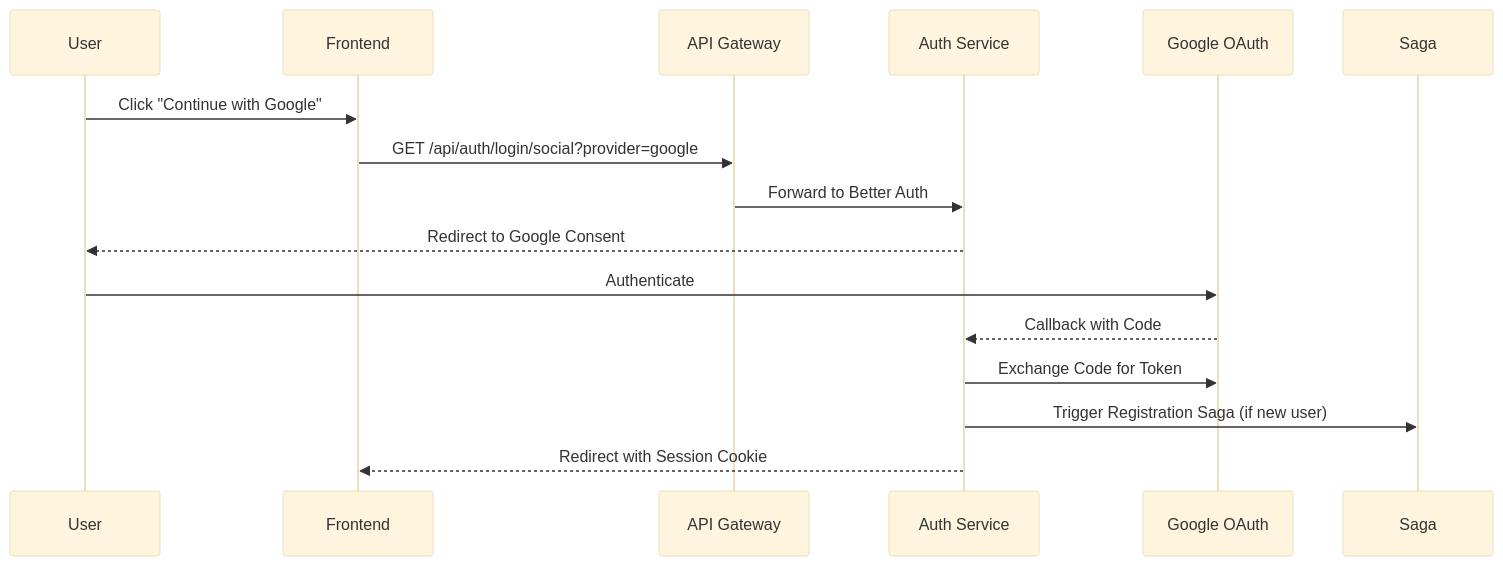
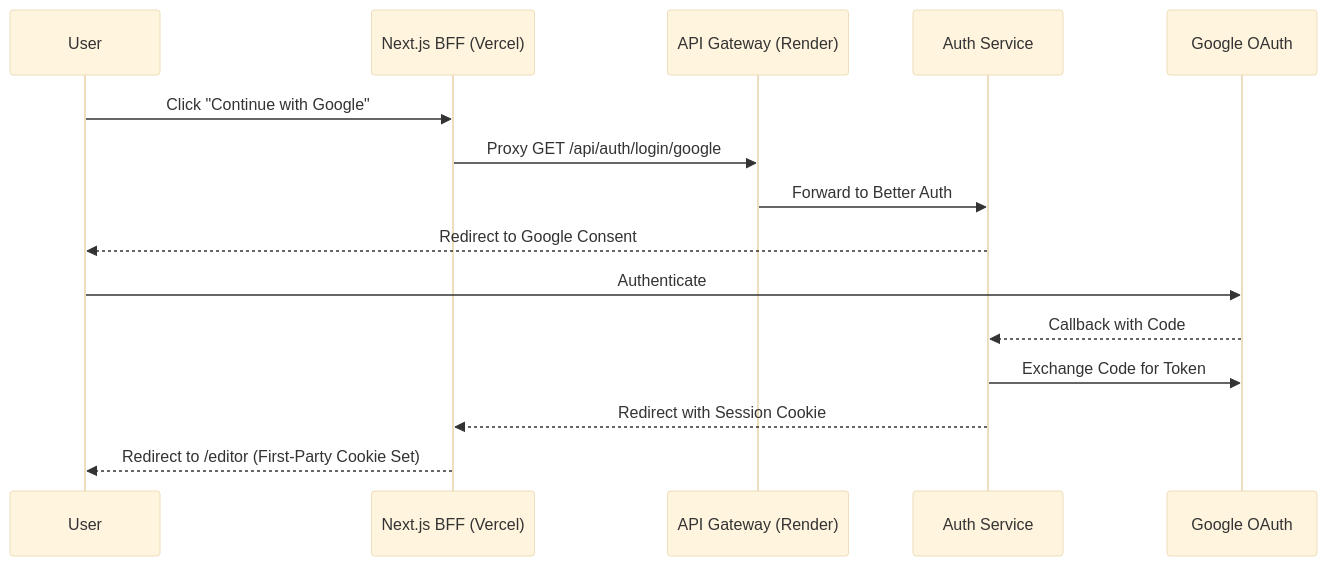
One commit to sayanChaterjee/browser-editor changed the fourth of 5 diagrams in README.md. Above: the diagram before and after it, drawn with Mermaid (base theme). The commit also changed other lines of this file, not shown here.

````diff
--- a/README.md
+++ b/README.md
@@ -168,18 +167,18 @@
 ```mermaid
 sequenceDiagram
     participant User
-    participant FE as Frontend
-    participant AG as API Gateway
+    participant Vercel as Next.js BFF (Vercel)
+    participant Render as API Gateway (Render)
     participant Auth as Auth Service
     participant Google as Google OAuth
 
-    User->>FE: Click "Continue with Google"
-    FE->>AG: GET /api/auth/login/social?provider=google
-    AG->>Auth: Forward to Better Auth
+    User->>Vercel: Click "Continue with Google"
+    Vercel->>Render: Proxy GET /api/auth/login/google
+    Render->>Auth: Forward to Better Auth
     Auth-->>User: Redirect to Google Consent
     User->>Google: Authenticate
     Google-->>Auth: Callback with Code
     Auth->>Google: Exchange Code for Token
-    Auth->>Saga: Trigger Registration Saga (if new user)
-    Auth-->>FE: Redirect with Session Cookie
+    Auth-->>Vercel: Redirect with Session Cookie
+    Vercel-->>User: Redirect to /editor (First-Party Cookie Set)
 ```
````
